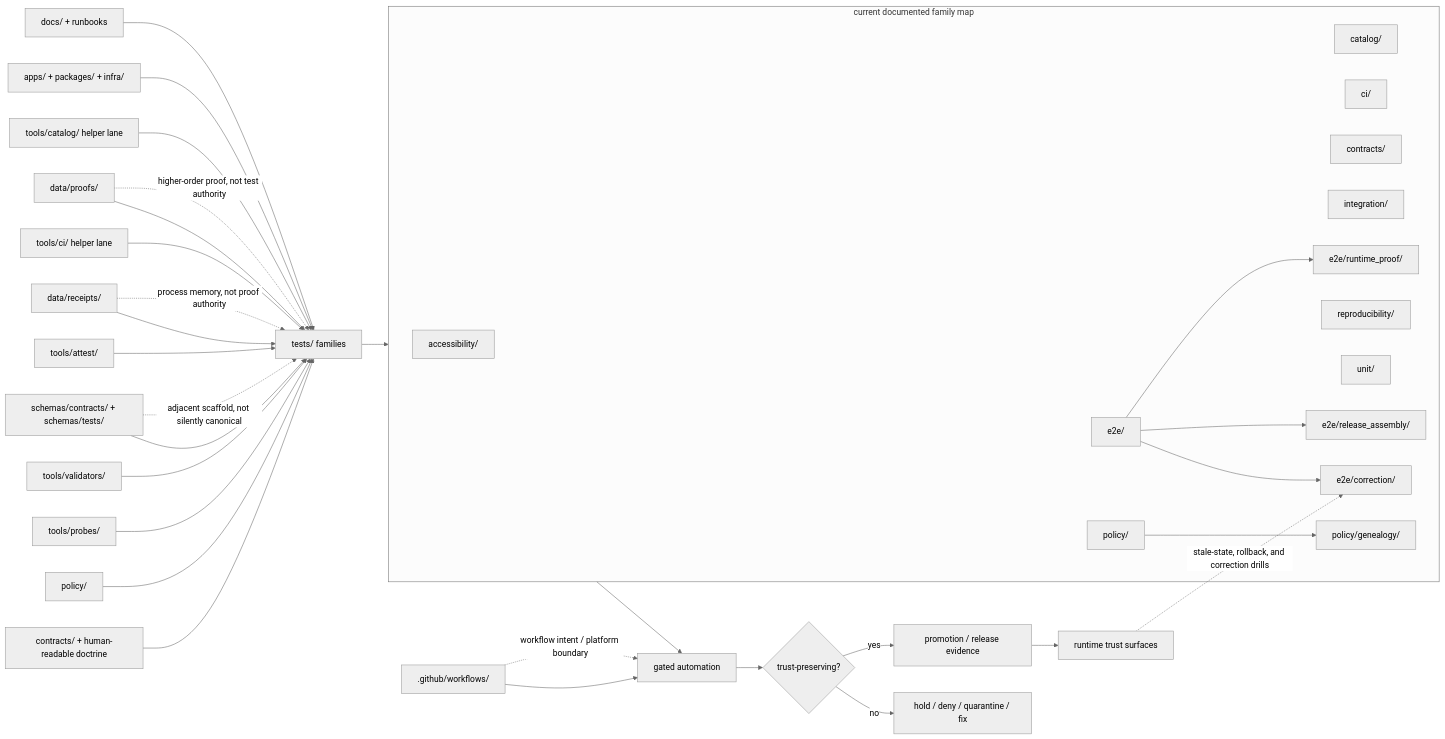
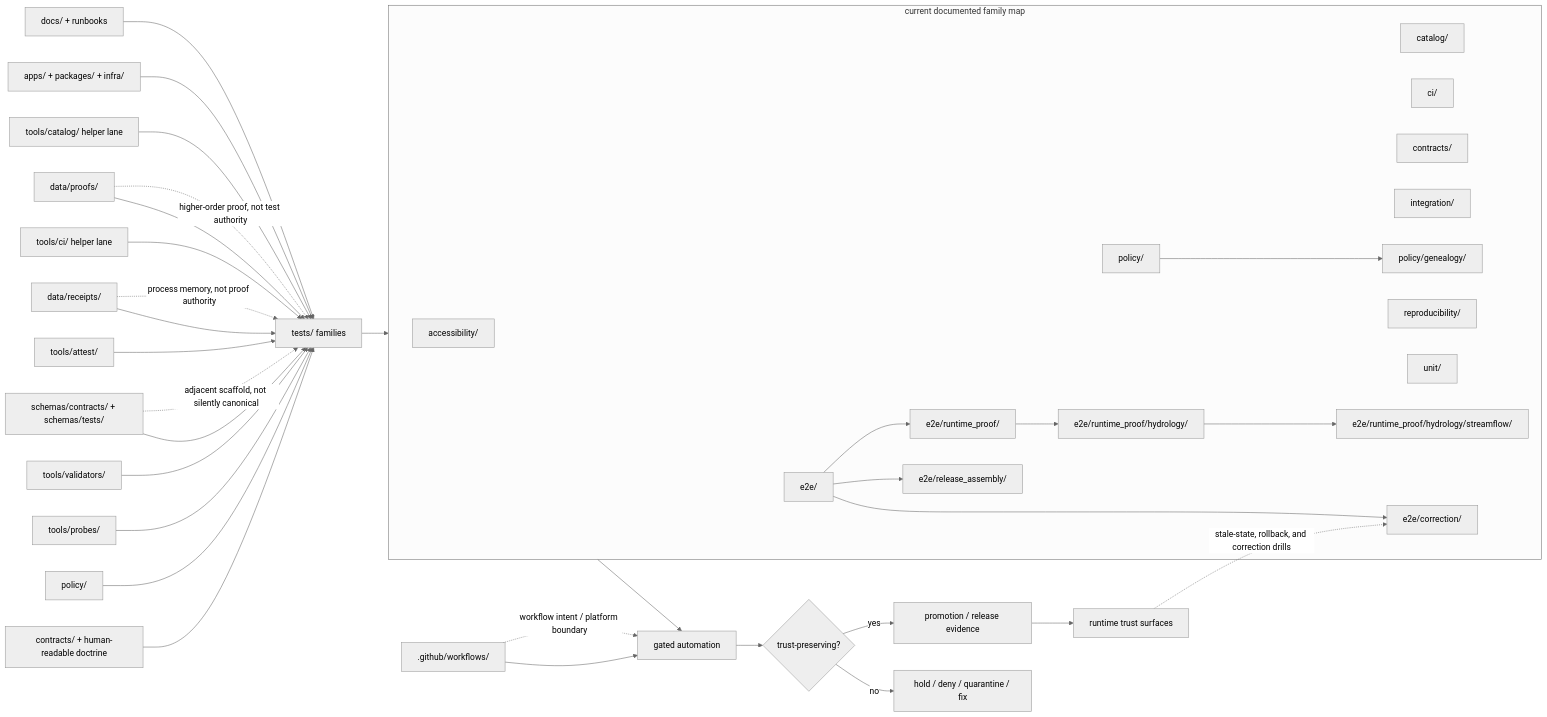
The diagram in tests/README.md (bartytime4life/Kansas-Frontier-Matrix), drawn with Mermaid (neutral theme) before and after one commit. The commit also changed other lines of this file, not shown here.

````diff
--- a/tests/README.md
+++ b/tests/README.md
@@ -600,50 +584,54 @@
 ```mermaid
 flowchart LR
     C["contracts/ + human-readable doctrine"] --> T["tests/ families"]
     SC["schemas/contracts/ + schemas/tests/"] --> T
     P["policy/"] --> T
     DR["data/receipts/"] --> T
     DP["data/proofs/"] --> T
     PR["tools/probes/"] --> T
     V["tools/validators/"] --> T
     AT["tools/attest/"] --> T
     H["tools/ci/ helper lane"] --> T
     HC["tools/catalog/ helper lane"] --> T
     A["apps/ + packages/ + infra/"] --> T
     D["docs/ + runbooks"] --> T
     W[".github/workflows/"] --> G["gated automation"]
 
     subgraph F["current documented family map"]
       AX["accessibility/"]
       CA["catalog/"]
       CI["ci/"]
       K["contracts/"]
       E["e2e/"]
       I["integration/"]
       PO["policy/"]
       PG["policy/genealogy/"]
       R["reproducibility/"]
       U["unit/"]
       EC["e2e/correction/"]
       ER["e2e/release_assembly/"]
       EP["e2e/runtime_proof/"]
+      EH["e2e/runtime_proof/hydrology/"]
+      ES["e2e/runtime_proof/hydrology/streamflow/"]
     end
 
     T --> F
     PO --> PG
     E --> EC
     E --> ER
     E --> EP
+    EP --> EH
+    EH --> ES
     F --> G
     G --> Q{"trust-preserving?"}
 
     Q -->|no| H2["hold / deny / quarantine / fix"]
     Q -->|yes| PRM["promotion / release evidence"]
     PRM --> RT["runtime trust surfaces"]
 
     RT -. stale-state, rollback, and correction drills .-> EC
     W -. workflow intent / platform boundary .-> G
     SC -. adjacent scaffold, not silently canonical .-> T
     DR -. process memory, not proof authority .-> T
     DP -. higher-order proof, not test authority .-> T
 ```
````
